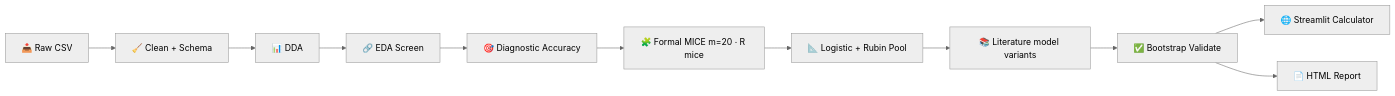
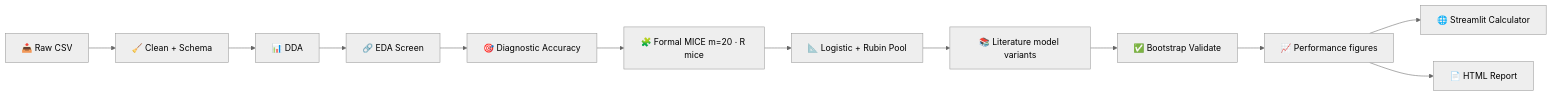
One commit to DrAndrushka/meningioma-atypier changed the diagram in README.md. Above: the diagram before and after it, drawn with Mermaid (neutral theme). The commit also changed other lines of this file and 22 other files, not shown here.

First line of the commit message:
Add shared performance figures and clinician-ready plot toolkit

````diff
--- a/README.md
+++ b/README.md
@@ -113,13 +115,14 @@
 ```mermaid
 flowchart LR
     A[📥 Raw CSV] --> B[🧹 Clean + Schema]
     B --> C[📊 DDA]
     C --> D[🔗 EDA Screen]
     D --> D2[🎯 Diagnostic Accuracy]
     D2 --> E[🧩 Formal MICE m=20 · R mice]
     E --> F[📐 Logistic + Rubin Pool]
     F --> F2[📚 Literature model variants]
     F2 --> G[✅ Bootstrap Validate]
-    G --> H[🌐 Streamlit Calculator]
-    G --> I[📄 HTML Report]
+    G --> G2[📈 Performance figures]
+    G2 --> H[🌐 Streamlit Calculator]
+    G2 --> I[📄 HTML Report]
 ```
````
